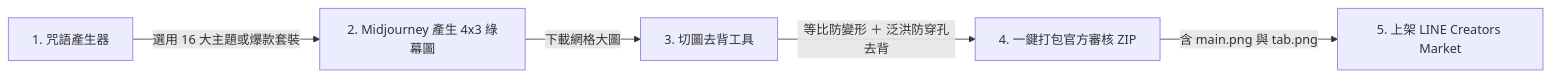
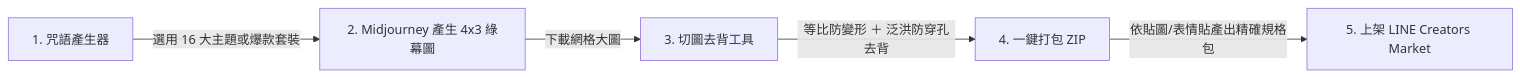
One commit to dinghnes/line-sticker-maker changed the second of 2 diagrams in README.md. Above: the diagram before and after it, drawn with Mermaid. The commit also changed other lines of this file, not shown here.

Commit message:
docs: update README.md with LINE official spec guidelines (v3.3)

````diff
--- a/README.md
+++ b/README.md
@@ -80,7 +56,7 @@
 ```mermaid
 flowchart LR
     A[1. 咒語產生器] -->|選用 16 大主題或爆款套裝| B[2. Midjourney 產生 4x3 綠幕圖]
     B -->|下載網格大圖| C[3. 切圖去背工具]
-    C -->|等比防變形 ＋ 泛洪防穿孔去背| D[4. 一鍵打包官方審核 ZIP]
-    D -->|含 main.png 與 tab.png| E[5. 上架 LINE Creators Market]
+    C -->|等比防變形 ＋ 泛洪防穿孔去背| D[4. 一鍵打包 ZIP]
+    D -->|依貼圖/表情貼產出精確規格包| E[5. 上架 LINE Creators Market]
 ```
````
